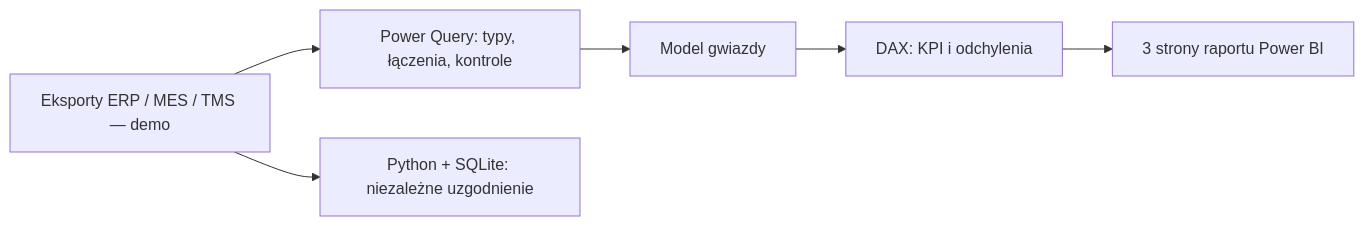
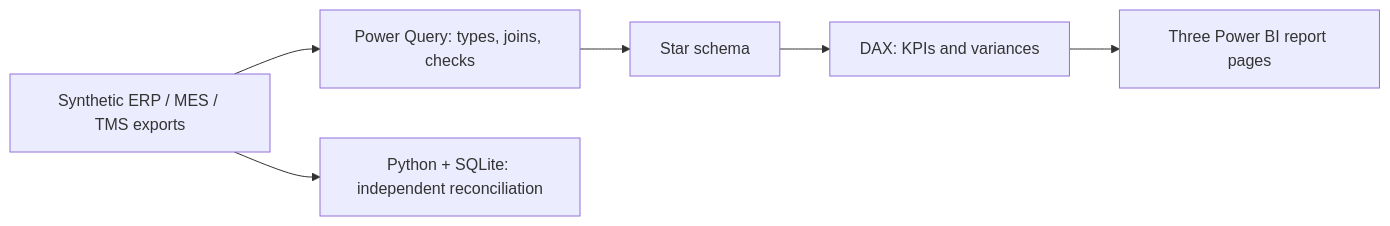
Before and after one commit to NikolayKossov/PowerBI-Production-Controlling: the diagram in README.md, drawn with Mermaid. The commit also changed other lines of this file and 2 other files, not shown here.

````diff
--- a/README.md
+++ b/README.md
@@ -59,8 +65,8 @@
 ```mermaid
 flowchart LR
-    A["Eksporty ERP / MES / TMS — demo"] --> B["Power Query: typy, łączenia, kontrole"]
-    B --> C["Model gwiazdy"]
-    C --> D["DAX: KPI i odchylenia"]
-    D --> E["3 strony raportu Power BI"]
-    A --> F["Python + SQLite: niezależne uzgodnienie"]
+    A["Synthetic ERP / MES / TMS exports"] --> B["Power Query: types, joins, checks"]
+    B --> C["Star schema"]
+    C --> D["DAX: KPIs and variances"]
+    D --> E["Three Power BI report pages"]
+    A --> F["Python + SQLite: independent reconciliation"]
 ```
````
